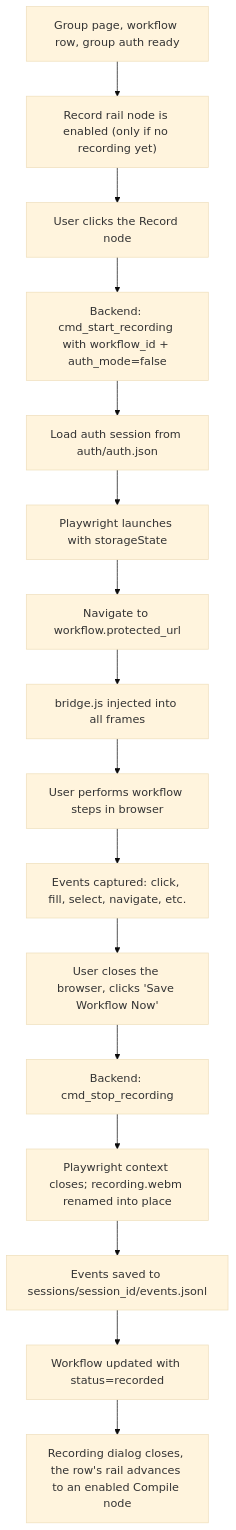
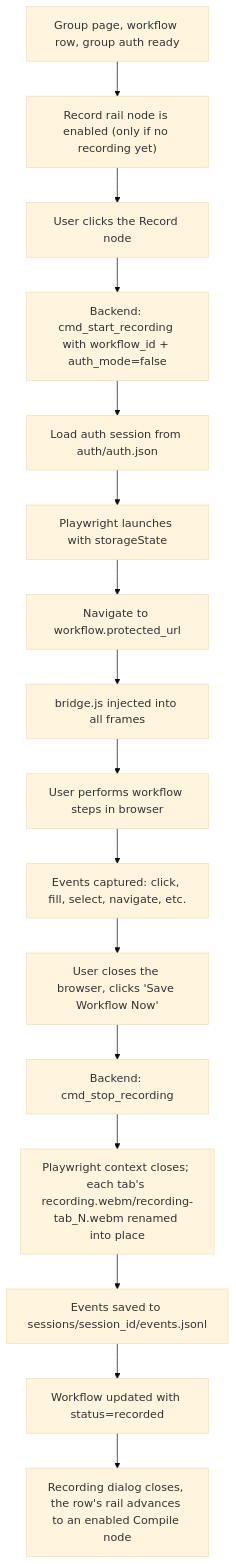
The fifth of 19 diagrams in docs/App-Flow.md (Cannonbold2412/CONXA), drawn with Mermaid (base theme) before and after one commit. The commit also changed other lines of this file and 6 other files, not shown here.

````diff
--- a/docs/App-Flow.md
+++ b/docs/App-Flow.md
@@ -148,18 +148,18 @@
 ```mermaid
 flowchart TD
     A["Group page, workflow row, group auth ready"] --> B["Record rail node is enabled (only if no recording yet)"]
     B --> C[User clicks the Record node]
     C --> D[Backend: cmd_start_recording with workflow_id + auth_mode=false]
     D --> E[Load auth session from auth/auth.json]
     E --> F[Playwright launches with storageState]
     F --> G[Navigate to workflow.protected_url]
     G --> H[bridge.js injected into all frames]
     H --> I[User performs workflow steps in browser]
     I --> J[Events captured: click, fill, select, navigate, etc.]
     J --> K[User closes the browser, clicks 'Save Workflow Now']
     K --> L[Backend: cmd_stop_recording]
-    L --> L2[Playwright context closes; recording.webm renamed into place]
+    L --> L2[Playwright context closes; each tab's recording.webm/recording-tab_N.webm renamed into place]
     L2 --> M[Events saved to sessions/session_id/events.jsonl]
     M --> N[Workflow updated with status=recorded]
     N --> O[Recording dialog closes, the row's rail advances to an enabled Compile node]
 ```
````
